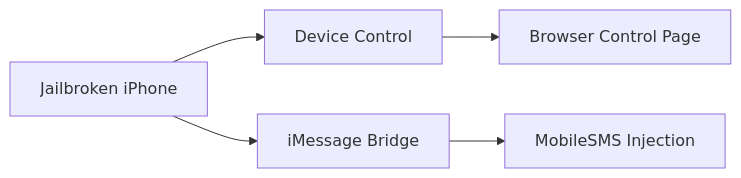
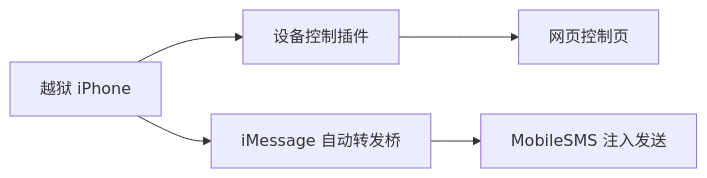
The diagram in README.md (52777fb/ios-remote-control), drawn with Mermaid before and after one commit. The commit also changed other lines of this file, not shown here.

````diff
--- a/README.md
+++ b/README.md
@@ -40,7 +40,7 @@
 ```mermaid
 flowchart LR
-  A["Jailbroken iPhone"] --> B["Device Control"]
-  A --> C["iMessage Bridge"]
-  B --> D["Browser Control Page"]
-  C --> E["MobileSMS Injection"]
+  A["越狱 iPhone"] --> B["设备控制插件"]
+  A --> C["iMessage 自动转发桥"]
+  B --> D["网页控制页"]
+  C --> E["MobileSMS 注入发送"]
 ```
````
